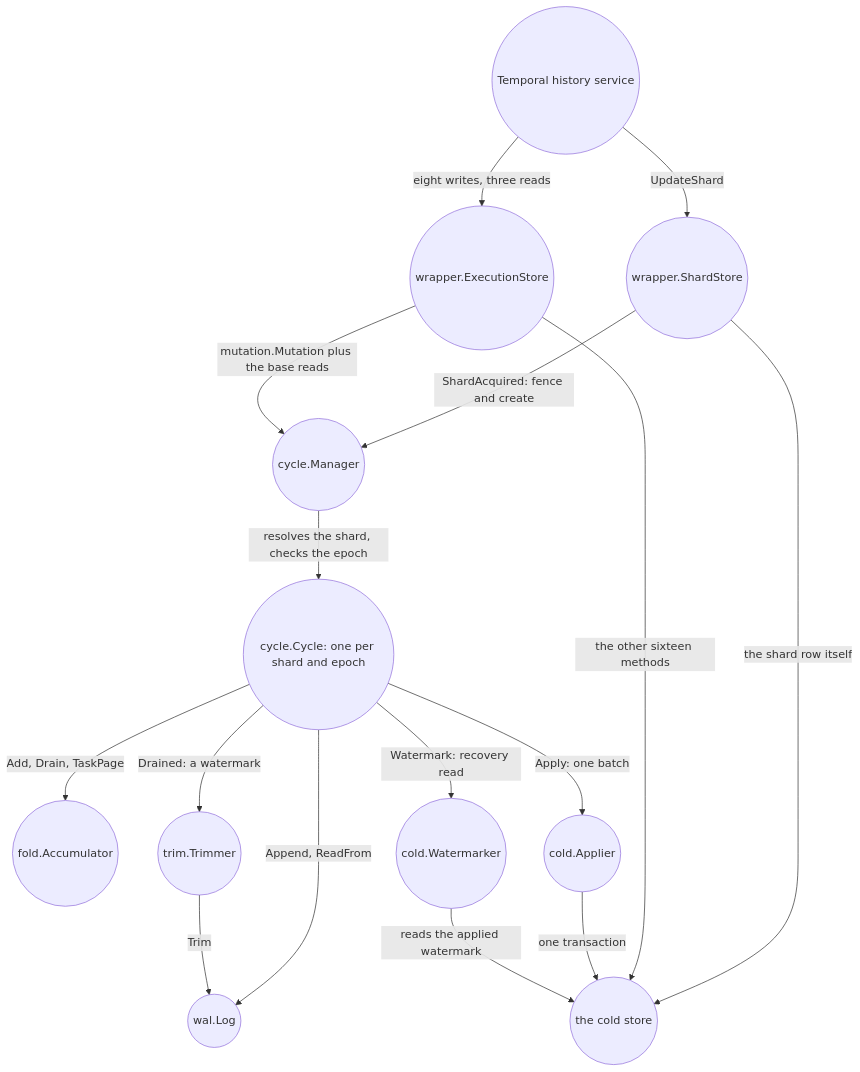
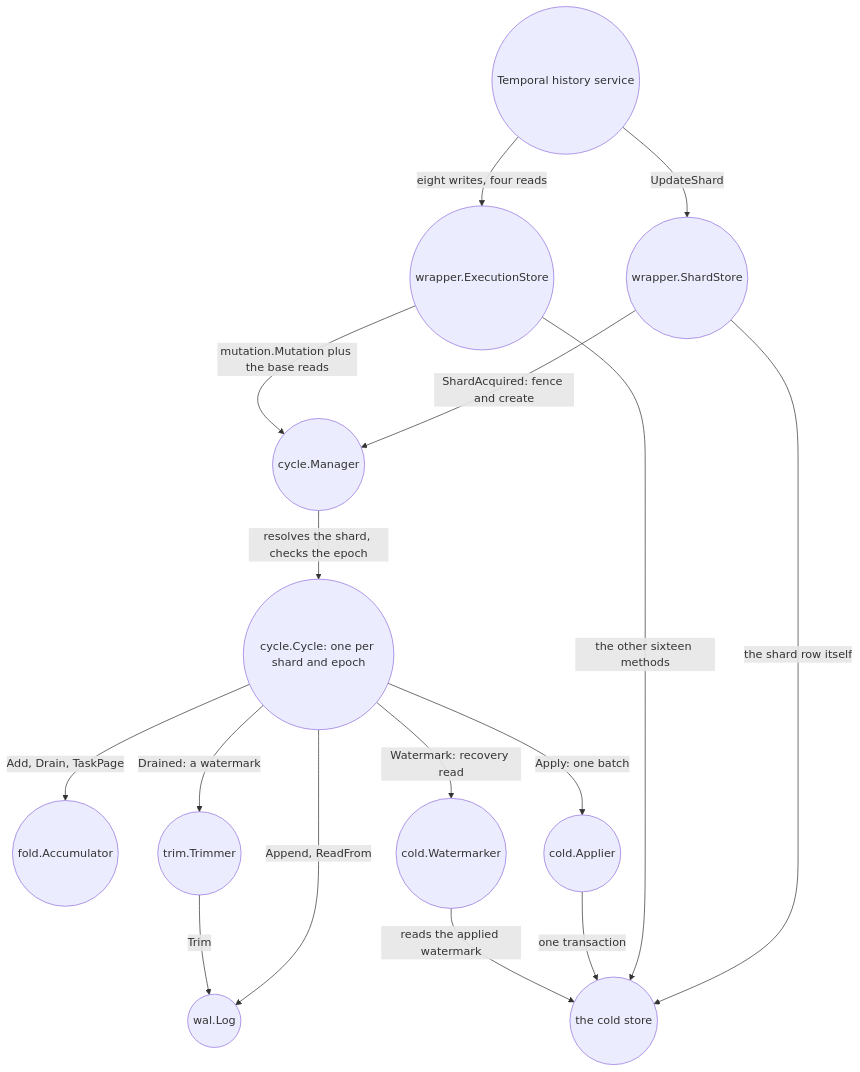
The first of 4 diagrams in docs/handbook/03-components.md (aromanovich/waltz), drawn with Mermaid before and after one commit. The commit also changed other lines of this file and 47 other files, not shown here.

````diff
--- a/docs/handbook/03-components.md
+++ b/docs/handbook/03-components.md
@@ -106,30 +106,30 @@
 ```mermaid
 graph TD
   HS(("Temporal history service"))
   ES(("wrapper.ExecutionStore"))
   SS(("wrapper.ShardStore"))
   MGR(("cycle.Manager"))
   CY(("cycle.Cycle: one per shard and epoch"))
   ACC(("fold.Accumulator"))
   TR(("trim.Trimmer"))
   AP(("cold.Applier"))
   WM(("cold.Watermarker"))
   LOG(("wal.Log"))
   CS(("the cold store"))
 
-  HS -->|"eight writes, three reads"| ES
+  HS -->|"eight writes, four reads"| ES
   HS -->|"UpdateShard"| SS
   SS -->|"ShardAcquired: fence and create"| MGR
   SS -->|"the shard row itself"| CS
   ES -->|"mutation.Mutation plus the base reads"| MGR
   ES -->|"the other sixteen methods"| CS
   MGR -->|"resolves the shard, checks the epoch"| CY
   CY -->|"Append, ReadFrom"| LOG
   CY -->|"Add, Drain, TaskPage"| ACC
   CY -->|"Apply: one batch"| AP
   CY -->|"Drained: a watermark"| TR
   CY -->|"Watermark: recovery read"| WM
   TR -->|"Trim"| LOG
   AP -->|"one transaction"| CS
   WM -->|"reads the applied watermark"| CS
 ```
````
